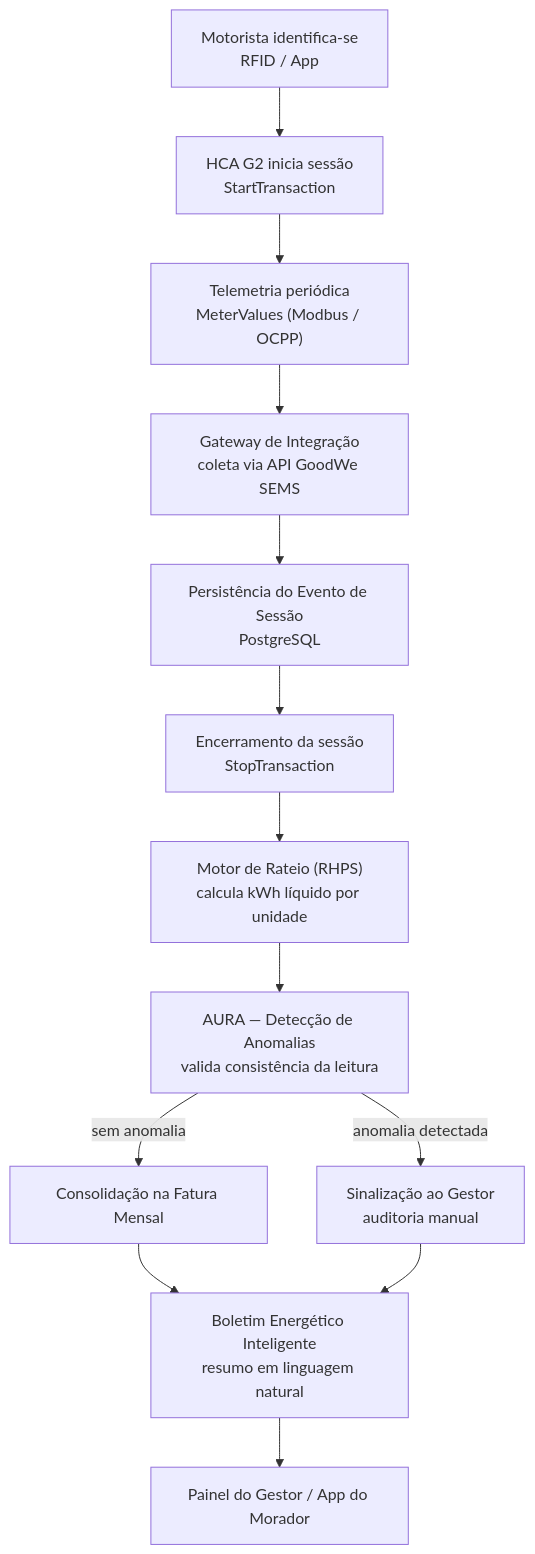
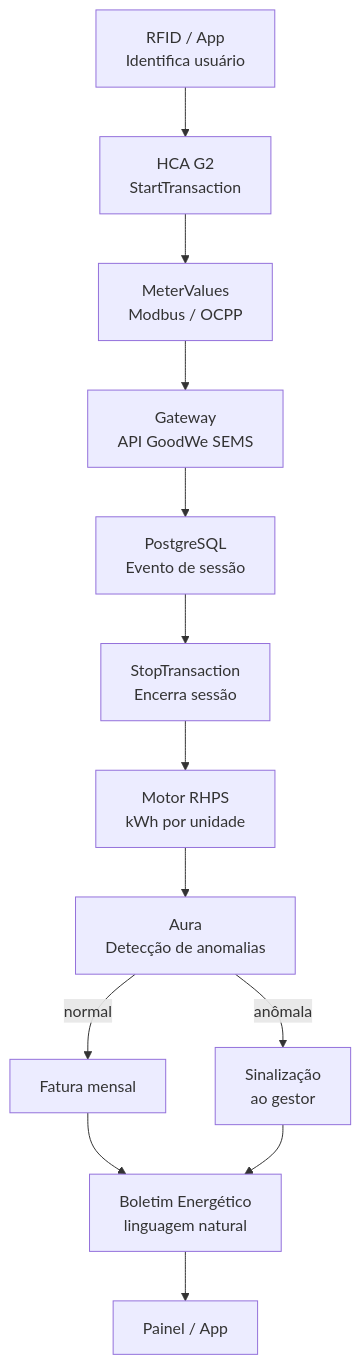
The first of 2 diagrams in README.md (PedroSales-dev/Challenge-GOODWE), drawn with Mermaid before and after one commit. The commit also changed other lines of this file and 15 other files, not shown here.

````diff
--- a/README.md
+++ b/README.md
@@ -210,15 +132,15 @@
 ```mermaid
 flowchart TD
-    A["Motorista identifica-se<br/>RFID / App"] --> B["HCA G2 inicia sessão<br/>StartTransaction"]
-    B --> C["Telemetria periódica<br/>MeterValues (Modbus / OCPP)"]
-    C --> D["Gateway de Integração<br/>coleta via API GoodWe SEMS"]
-    D --> E["Persistência do Evento de Sessão<br/>PostgreSQL"]
-    E --> F["Encerramento da sessão<br/>StopTransaction"]
-    F --> G["Motor de Rateio (RHPS)<br/>calcula kWh líquido por unidade"]
-    G --> H["AURA — Detecção de Anomalias<br/>valida consistência da leitura"]
-    H -->|"sem anomalia"| I["Consolidação na Fatura Mensal"]
-    H -->|"anomalia detectada"| J["Sinalização ao Gestor<br/>auditoria manual"]
-    I --> K["Boletim Energético Inteligente<br/>resumo em linguagem natural"]
+    A["RFID / App<br/>Identifica usuário"] --> B["HCA G2<br/>StartTransaction"]
+    B --> C["MeterValues<br/>Modbus / OCPP"]
+    C --> D["Gateway<br/>API GoodWe SEMS"]
+    D --> E["PostgreSQL<br/>Evento de sessão"]
+    E --> F["StopTransaction<br/>Encerra sessão"]
+    F --> G["Motor RHPS<br/>kWh por unidade"]
+    G --> H["Aura<br/>Detecção de anomalias"]
+    H -->|"normal"| I["Fatura mensal"]
+    H -->|"anômala"| J["Sinalização<br/>ao gestor"]
+    I --> K["Boletim Energético<br/>linguagem natural"]
     J --> K
-    K --> L["Painel do Gestor / App do Morador"]
+    K --> L["Painel / App"]
 ```
````
